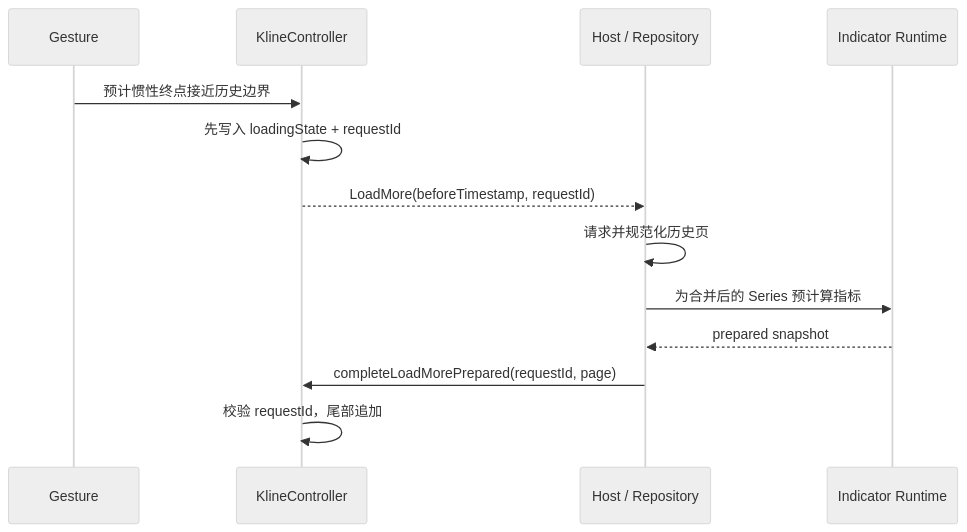
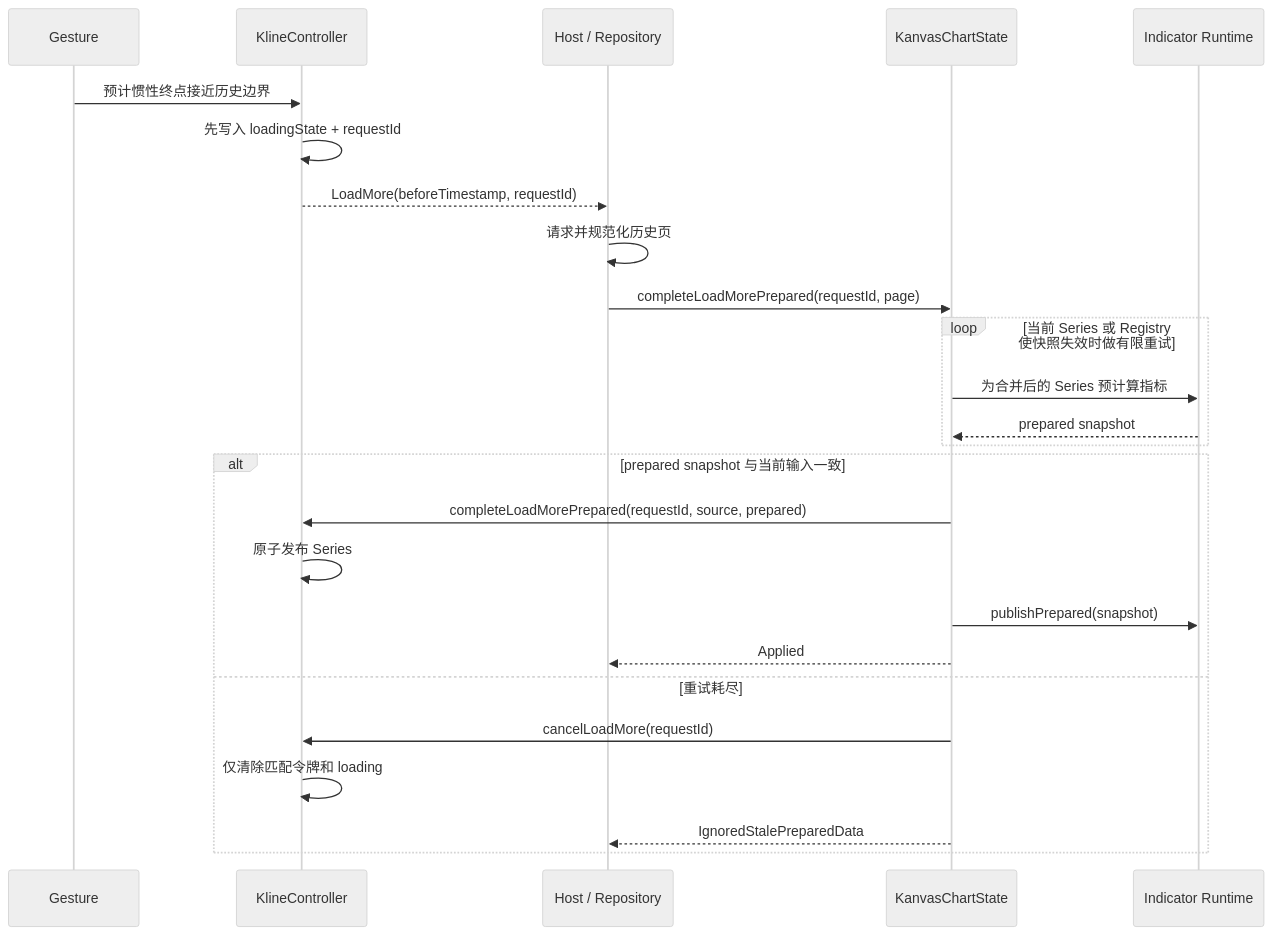
The third of 8 diagrams in docs/kline-chart-design-principles.zh-CN.md (zhumeng1582/Kanvas), drawn with Mermaid (neutral theme) before and after one commit. The commit also changed other lines of this file and 14 other files, not shown here.

````diff
--- a/docs/kline-chart-design-principles.zh-CN.md
+++ b/docs/kline-chart-design-principles.zh-CN.md
@@ -534,16 +534,28 @@
 ```mermaid
 sequenceDiagram
     participant G as Gesture
     participant C as KlineController
     participant H as Host / Repository
+    participant F as KanvasChartState
     participant I as Indicator Runtime
 
     G->>C: 预计惯性终点接近历史边界
     C->>C: 先写入 loadingState + requestId
     C-->>H: LoadMore(beforeTimestamp, requestId)
     H->>H: 请求并规范化历史页
-    H->>I: 为合并后的 Series 预计算指标
-    I-->>H: prepared snapshot
-    H->>C: completeLoadMorePrepared(requestId, page)
-    C->>C: 校验 requestId，尾部追加
+    H->>F: completeLoadMorePrepared(requestId, page)
+    loop 当前 Series 或 Registry 使快照失效时做有限重试
+        F->>I: 为合并后的 Series 预计算指标
+        I-->>F: prepared snapshot
+    end
+    alt prepared snapshot 与当前输入一致
+        F->>C: completeLoadMorePrepared(requestId, source, prepared)
+        C->>C: 原子发布 Series
+        F->>I: publishPrepared(snapshot)
+        F-->>H: Applied
+    else 重试耗尽
+        F->>C: cancelLoadMore(requestId)
+        C->>C: 仅清除匹配令牌和 loading
+        F-->>H: IgnoredStalePreparedData
+    end
 ```
````
